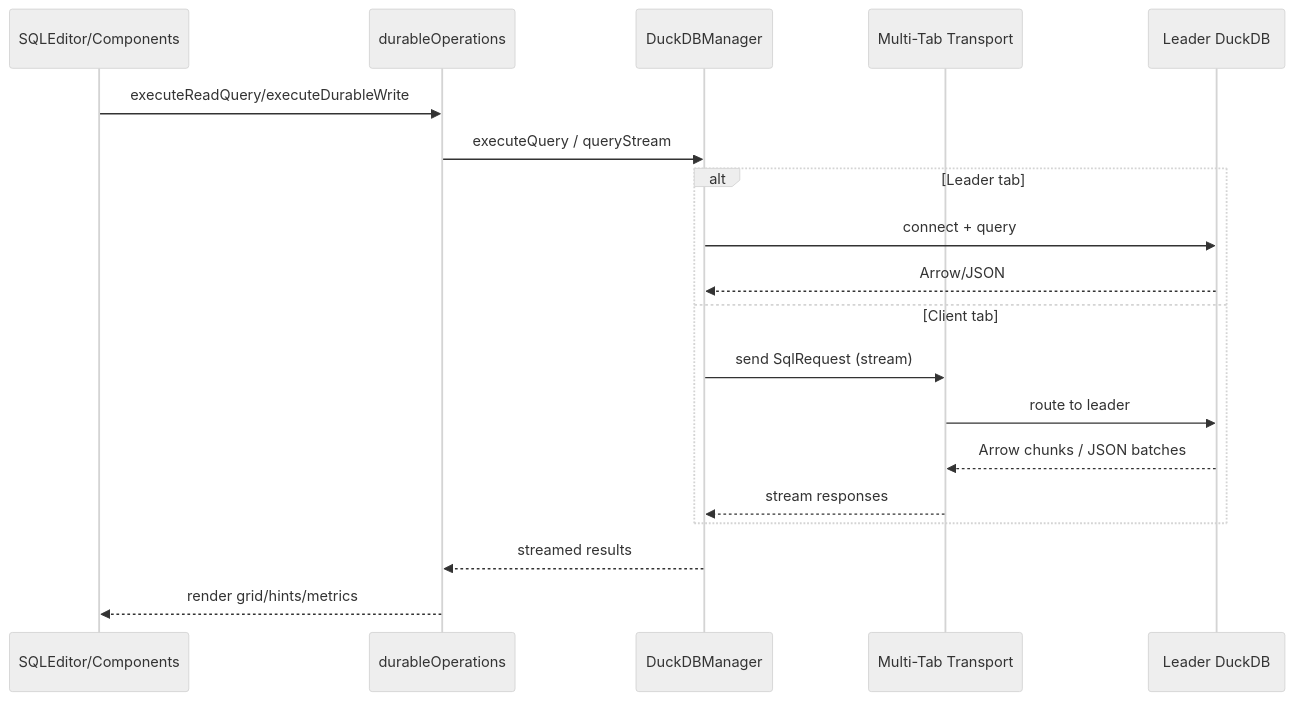
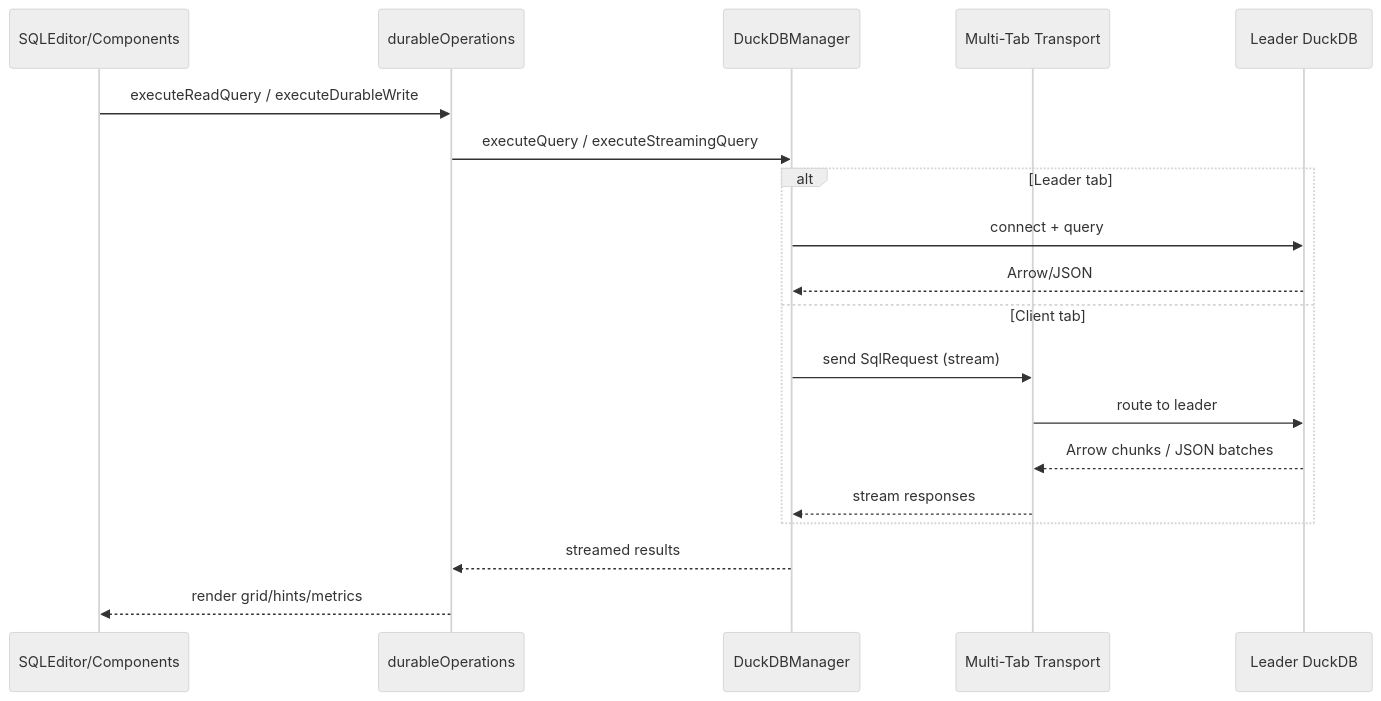
Before and after one commit to james-ralph8555/homebench: the second of 2 diagrams in app/README.md, drawn with Mermaid (neutral theme). The commit also changed other lines of this file and 4 other files, not shown here.

````diff
--- a/app/README.md
+++ b/app/README.md
@@ -79,22 +73,22 @@
 ```mermaid
 sequenceDiagram
   participant UI as SQLEditor/Components
   participant Ops as durableOperations
   participant M as DuckDBManager
   participant MT as Multi-Tab Transport
   participant LD as Leader DuckDB
 
-  UI->>Ops: executeReadQuery/executeDurableWrite
-  Ops->>M: executeQuery / queryStream
+  UI->>Ops: executeReadQuery / executeDurableWrite
+  Ops->>M: executeQuery / executeStreamingQuery
   alt Leader tab
     M->>LD: connect + query
     LD-->>M: Arrow/JSON
   else Client tab
     M->>MT: send SqlRequest (stream)
     MT->>LD: route to leader
     LD-->>MT: Arrow chunks / JSON batches
     MT-->>M: stream responses
   end
   M-->>Ops: streamed results
   Ops-->>UI: render grid/hints/metrics
 ```
````
